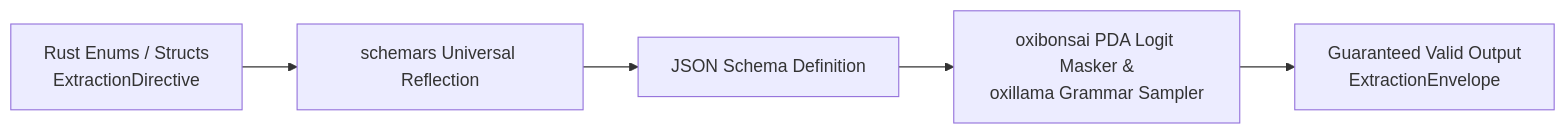
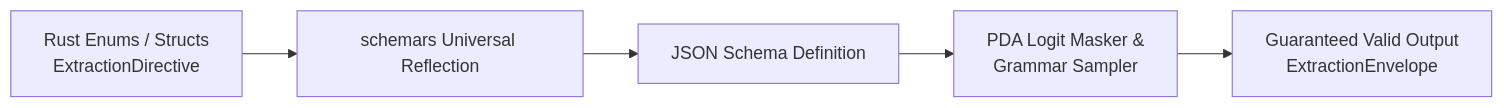
The diagram in doc/10_Structured_Extraction_and_Schema_Derivation.md (yasuomaidana/embedag), drawn with Mermaid before and after one commit. The commit also changed other lines of this file and 42 other files, not shown here.

First line of the commit message:
[EMBEDAG-119] Remove oxirag/oxillama/oxibonsai (BUSL relicense) with pure-Rust replacements (#15)

````diff
--- a/doc/10_Structured_Extraction_and_Schema_Derivation.md
+++ b/doc/10_Structured_Extraction_and_Schema_Derivation.md
@@ -25,7 +25,7 @@
 ```mermaid
 flowchart LR
     RustTypes["Rust Enums / Structs<br/>ExtractionDirective"] --> Schemars["schemars Universal Reflection"]
     Schemars --> JSONSchema["JSON Schema Definition"]
-    JSONSchema --> PDA["oxibonsai PDA Logit Masker &<br/>oxillama Grammar Sampler"]
+    JSONSchema --> PDA["PDA Logit Masker &<br/>Grammar Sampler"]
     PDA --> ValidJSON["Guaranteed Valid Output<br/>ExtractionEnvelope"]
 ```
````
